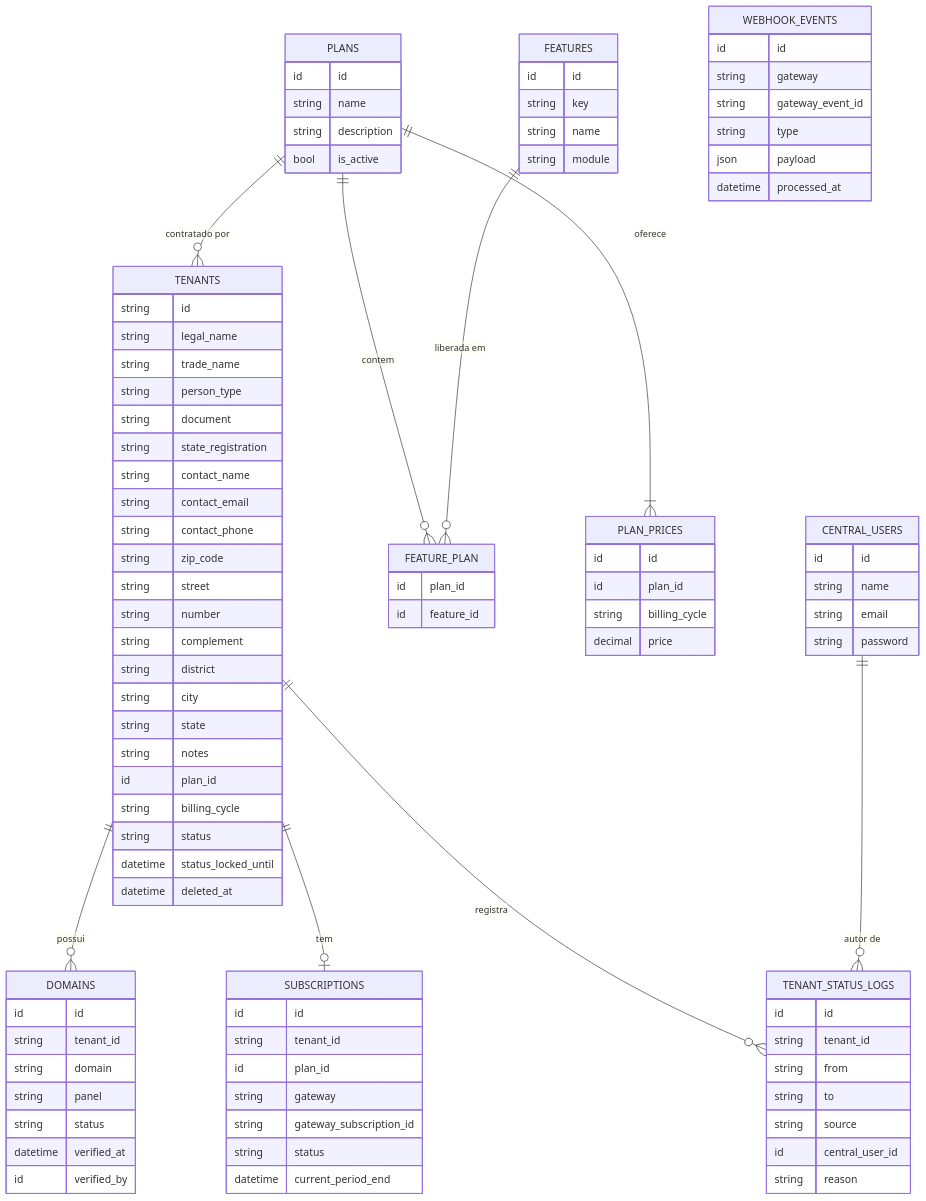
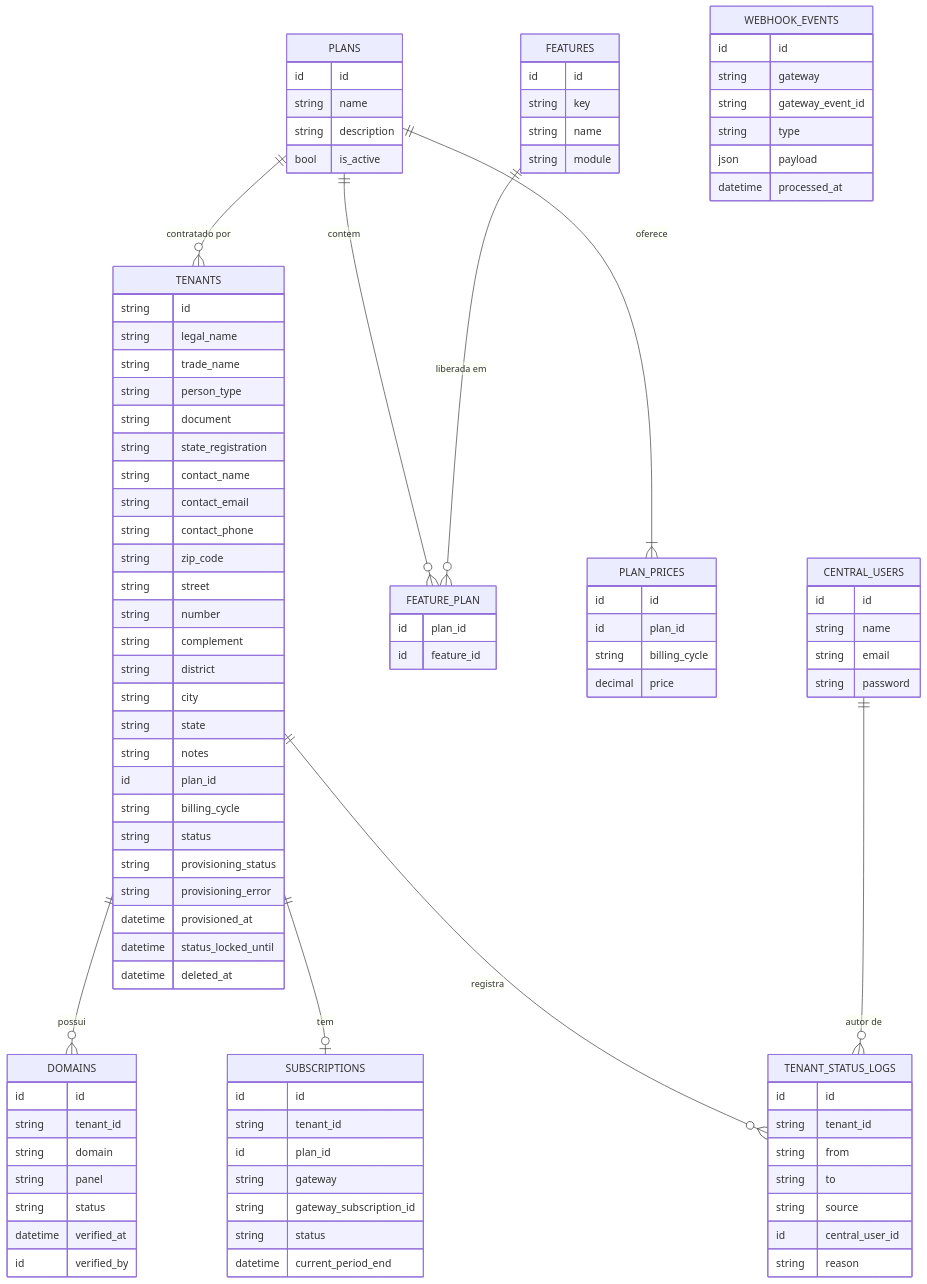
One commit to uendelsilveira/Multi_Tenant changed the first of 4 diagrams in docs/03-modelagem/modelo-de-dados.md. Above: the diagram before and after it, drawn with Mermaid. The commit also changed other lines of this file and 5 other files, not shown here.

```diff
--- a/docs/03-modelagem/modelo-de-dados.md
+++ b/docs/03-modelagem/modelo-de-dados.md
@@ -66,6 +66,9 @@
         id plan_id
         string billing_cycle
         string status
+        string provisioning_status
+        string provisioning_error
+        datetime provisioned_at
         datetime status_locked_until
         datetime deleted_at
     }
```
